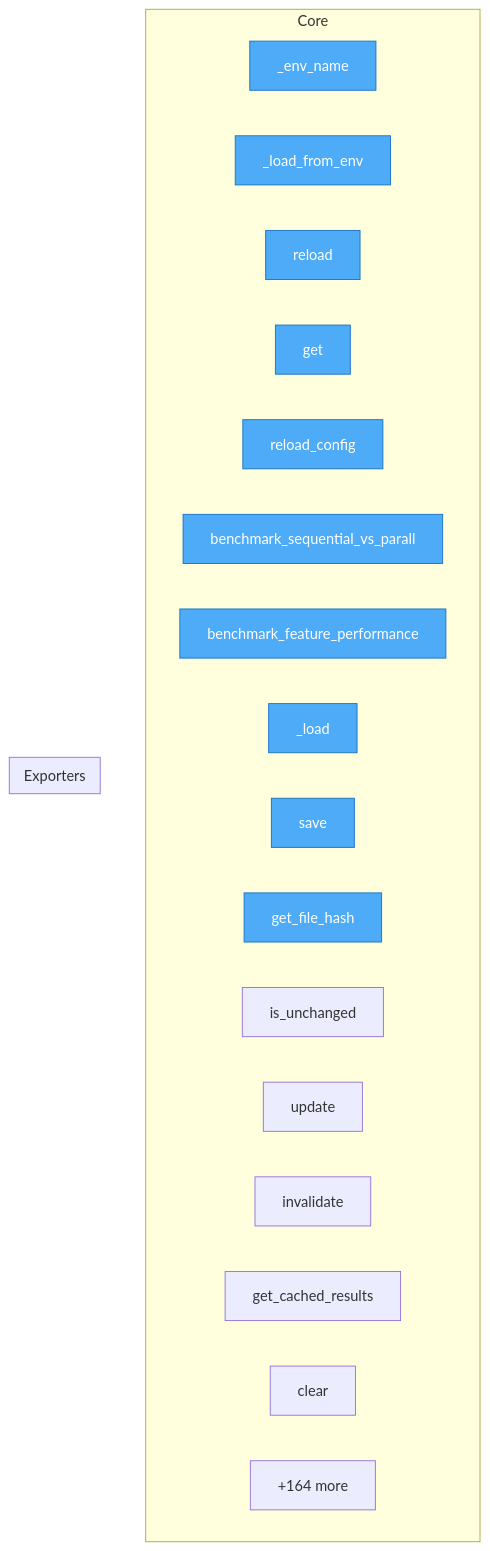
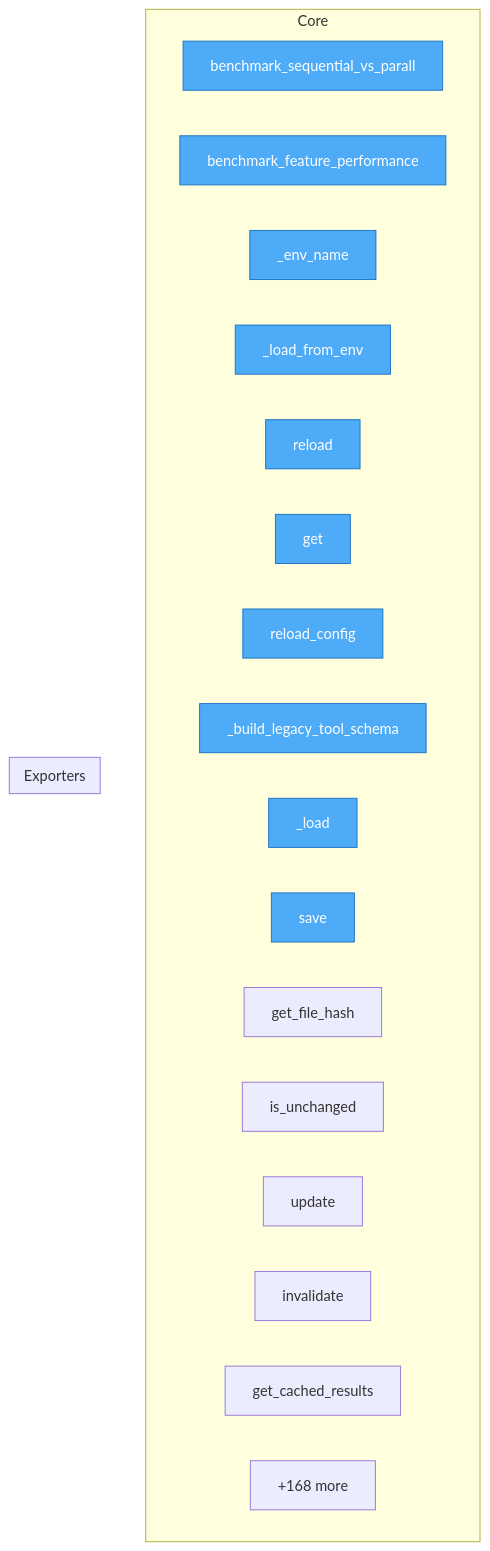
Before and after one commit to semcod/redup: the diagram in project/flow.mmd, drawn with Mermaid. The commit also changed 66 other files, not shown here.

```diff
--- a/project/flow.mmd
+++ b/project/flow.mmd
@@ -1,28 +1,28 @@
 flowchart TD
 
     %% Entry points (blue)
     classDef entry fill:#4dabf7,stroke:#1971c2,color:#fff
 
     subgraph Core
+        benchmark__benchmark_sequential_vs_parallel["benchmark_sequential_vs_parall"]
+        benchmark__benchmark_feature_performance["benchmark_feature_performance"]
         src__redup__config__RedupConfig___env_name["_env_name"]
         src__redup__config__RedupConfig___load_from_env["_load_from_env"]
         src__redup__config__RedupConfig__reload["reload"]
         src__redup__config__RedupConfig__get["get"]
         src__redup__config__reload_config["reload_config"]
-        benchmark__benchmark_sequential_vs_parallel["benchmark_sequential_vs_parall"]
-        benchmark__benchmark_feature_performance["benchmark_feature_performance"]
+        src__redup__mcp_server___build_legacy_tool_schema["_build_legacy_tool_schema"]
         src__redup__core__hash_cache__HashCache___load["_load"]
         src__redup__core__hash_cache__HashCache__save["save"]
         src__redup__core__hash_cache__HashCache__get_file_hash["get_file_hash"]
         src__redup__core__hash_cache__HashCache__is_unchanged["is_unchanged"]
         src__redup__core__hash_cache__HashCache__update["update"]
         src__redup__core__hash_cache__HashCache__invalidate["invalidate"]
         src__redup__core__hash_cache__HashCache__get_cached_results["get_cached_results"]
-        src__redup__core__hash_cache__HashCache__clear["clear"]
-        ...["+164 more"]
+        ...["+168 more"]
     end
 
     subgraph Exporters
     end
 
-    class src__redup__config__RedupConfig___env_name,src__redup__config__RedupConfig___load_from_env,src__redup__config__RedupConfig__reload,src__redup__config__RedupConfig__get,src__redup__config__reload_config,benchmark__benchmark_sequential_vs_parallel,benchmark__benchmark_feature_performance,src__redup__core__hash_cache__HashCache___load,src__redup__core__hash_cache__HashCache__save,src__redup__core__hash_cache__HashCache__get_file_hash entry
+    class benchmark__benchmark_sequential_vs_parallel,benchmark__benchmark_feature_performance,src__redup__config__RedupConfig___env_name,src__redup__config__RedupConfig___load_from_env,src__redup__config__RedupConfig__reload,src__redup__config__RedupConfig__get,src__redup__config__reload_config,src__redup__mcp_server___build_legacy_tool_schema,src__redup__core__hash_cache__HashCache___load,src__redup__core__hash_cache__HashCache__save entry
```
